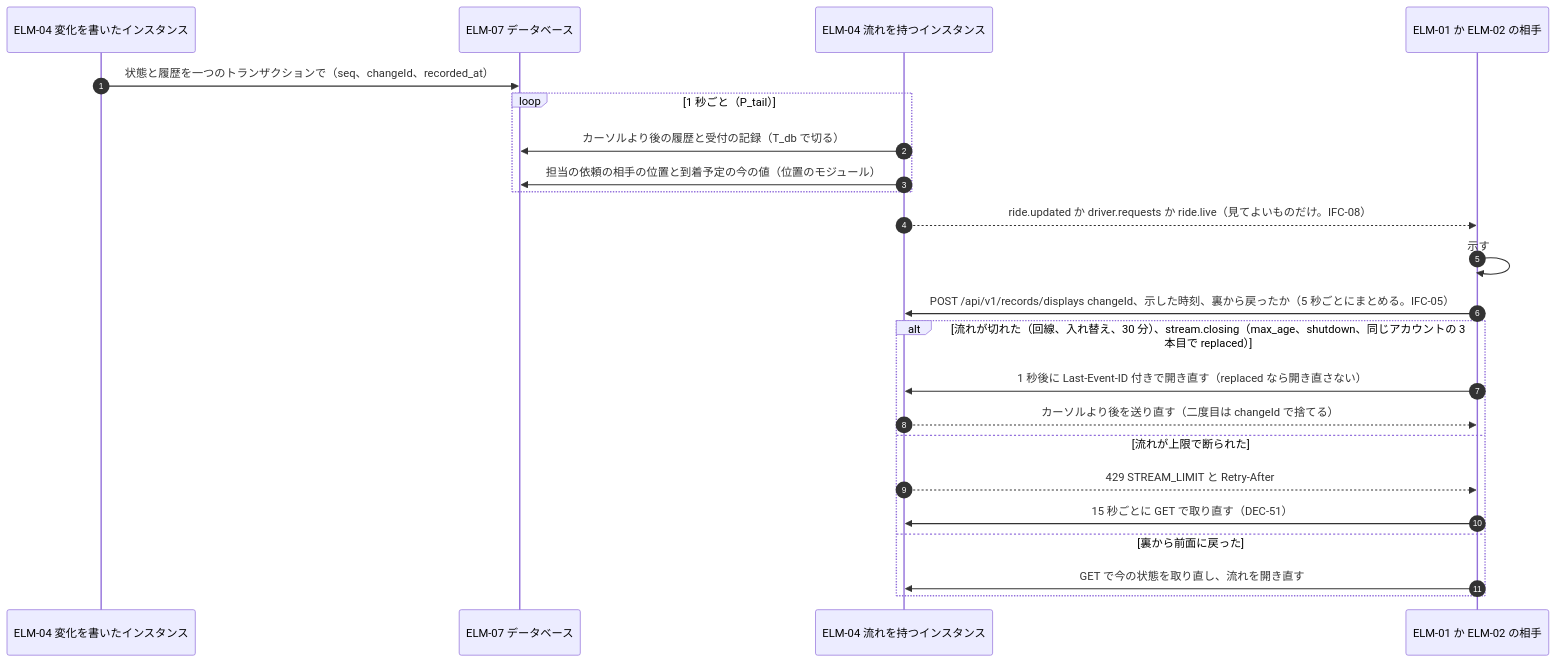
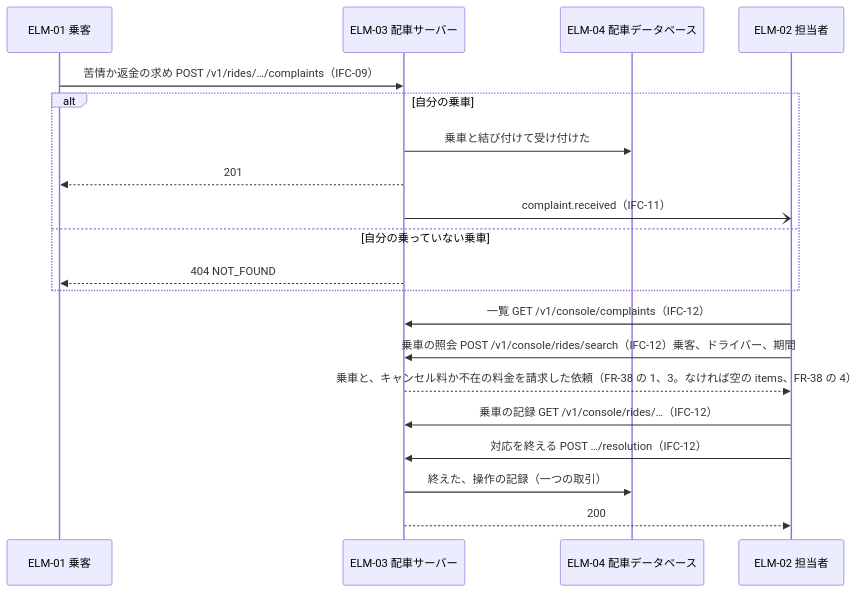
One commit to Taro000/chain-summary-html changed diagram 19 of 58 in skills/design-summary-html/evals/ride-hailing-full/files/docs/design/3-high-level-design.md. Above: the diagram before and after it, drawn with Mermaid. The commit also changed other lines of this file and 1073 other files, not shown here.

````diff
--- a/skills/design-summary-html/evals/ride-hailing-full/files/docs/design/3-high-level-design.md
+++ b/skills/design-summary-html/evals/ride-hailing-full/files/docs/design/3-high-level-design.md
@@ -1256,25 +810,22 @@
 ```mermaid
 sequenceDiagram
-  autonumber
-  participant W as ELM-04 変化を書いたインスタンス
-  participant DB as ELM-07 データベース
-  participant S as ELM-04 流れを持つインスタンス
-  participant APP as ELM-01 か ELM-02 の相手
-  W->>DB: 状態と履歴を一つのトランザクションで（seq、changeId、recorded_at）
-  loop 1 秒ごと（P_tail）
-    S->>DB: カーソルより後の履歴と受付の記録（T_db で切る）
-    S->>DB: 担当の依頼の相手の位置と到着予定の今の値（位置のモジュール）
+  participant P as ELM-01 乗客
+  participant S as ELM-03 配車サーバー
+  participant DB as ELM-04 配車データベース
+  participant O as ELM-02 担当者
+  P->>S: 苦情か返金の求め POST /v1/rides/…/complaints（IFC-09）
+  alt 自分の乗車
+    S->>DB: 乗車と結び付けて受け付けた
+    S-->>P: 201
+    S-)O: complaint.received（IFC-11）
+  else 自分の乗っていない乗車
+    S-->>P: 404 NOT_FOUND
   end
-  S-->>APP: ride.updated か driver.requests か ride.live（見てよいものだけ。IFC-08）
-  APP->>APP: 示す
-  APP->>S: POST /api/v1/records/displays changeId、示した時刻、裏から戻ったか（5 秒ごとにまとめる。IFC-05）
-  alt 流れが切れた（回線、入れ替え、30 分）、stream.closing（max_age、shutdown、同じアカウントの 3 本目で replaced）
-    APP->>S: 1 秒後に Last-Event-ID 付きで開き直す（replaced なら開き直さない）
-    S-->>APP: カーソルより後を送り直す（二度目は changeId で捨てる）
-  else 流れが上限で断られた
-    S-->>APP: 429 STREAM_LIMIT と Retry-After
-    APP->>S: 15 秒ごとに GET で取り直す（DEC-51）
-  else 裏から前面に戻った
-    APP->>S: GET で今の状態を取り直し、流れを開き直す
-  end
+  O->>S: 一覧 GET /v1/console/complaints（IFC-12）
+  O->>S: 乗車の照会 POST /v1/console/rides/search（IFC-12）乗客、ドライバー、期間
+  S-->>O: 乗車と、キャンセル料か不在の料金を請求した依頼（FR-38 の 1、3。なければ空の items、FR-38 の 4）
+  O->>S: 乗車の記録 GET /v1/console/rides/…（IFC-12）
+  O->>S: 対応を終える POST …/resolution（IFC-12）
+  S->>DB: 終えた、操作の記録（一つの取引）
+  S-->>O: 200
 ```
````
